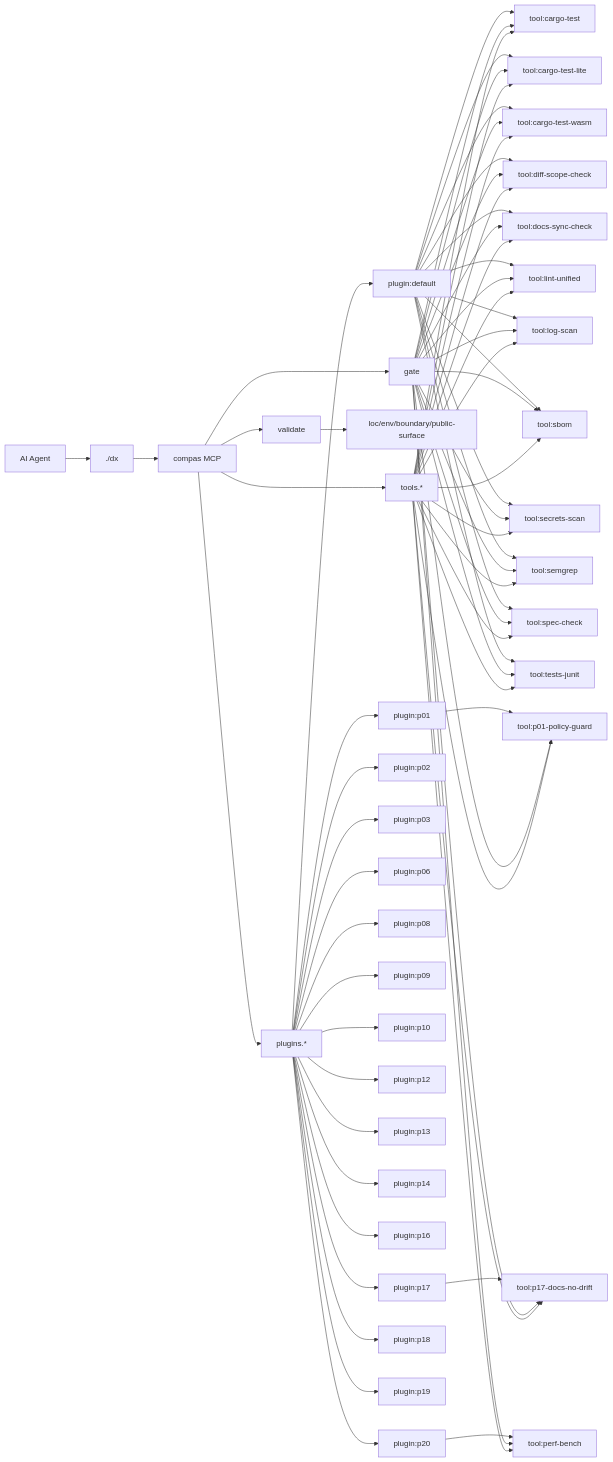
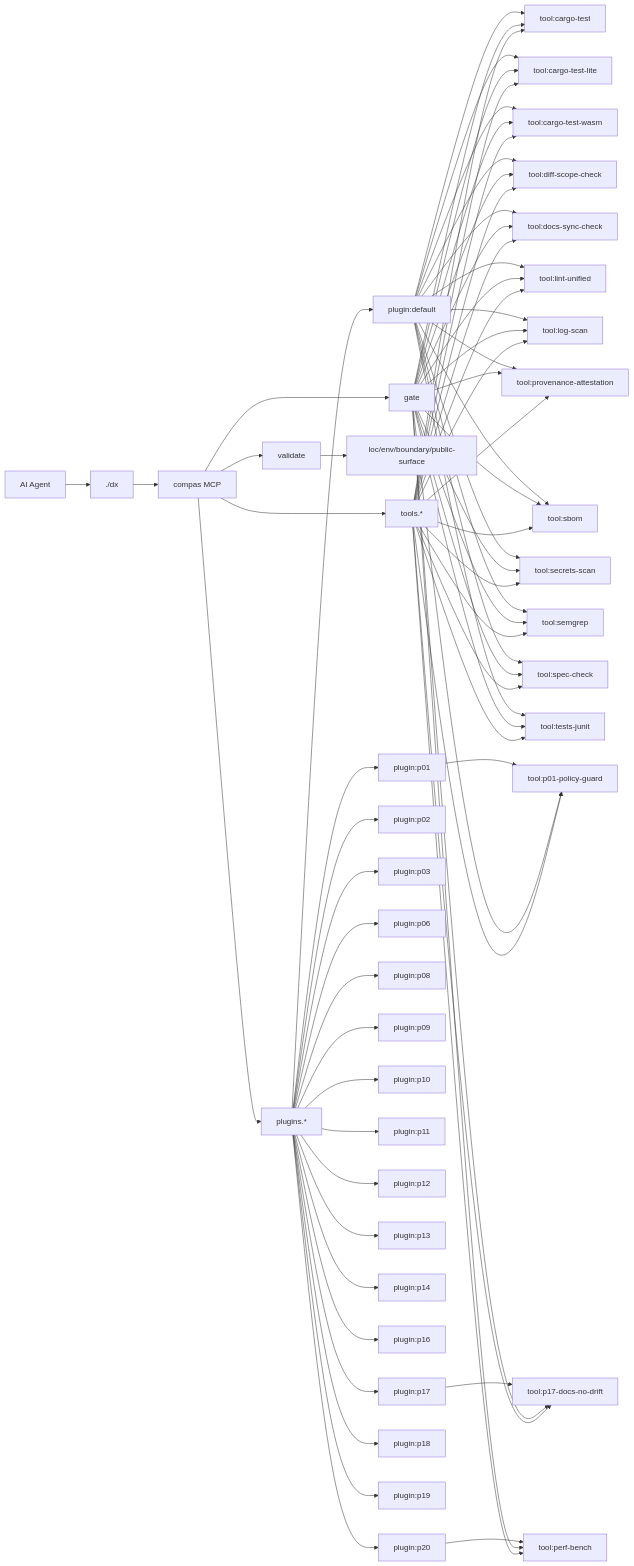
Before and after one commit to AmirTlinov/compas: the diagram in AGENTS.md, drawn with Mermaid. The commit also changed other lines of this file and 6 other files, not shown here.

````diff
--- a/AGENTS.md
+++ b/AGENTS.md
@@ -76,71 +78,75 @@
 ```mermaid
 flowchart LR
   Agent[AI Agent] --> DX[./dx]
   DX --> MCP[compas MCP]
   MCP --> V[validate]
   MCP --> G[gate]
   MCP --> PL[plugins.*]
   MCP --> TL[tools.*]
   V --> C1[loc/env/boundary/public-surface]
   PL --> P_default["plugin:default"]
   P_default --> T_cargo_test["tool:cargo-test"]
   G --> T_cargo_test
   P_default --> T_cargo_test_lite["tool:cargo-test-lite"]
   G --> T_cargo_test_lite
   P_default --> T_cargo_test_wasm["tool:cargo-test-wasm"]
   G --> T_cargo_test_wasm
   P_default --> T_diff_scope_check["tool:diff-scope-check"]
   G --> T_diff_scope_check
   P_default --> T_docs_sync_check["tool:docs-sync-check"]
   G --> T_docs_sync_check
   P_default --> T_lint_unified["tool:lint-unified"]
   G --> T_lint_unified
   P_default --> T_log_scan["tool:log-scan"]
   G --> T_log_scan
+  P_default --> T_provenance_attestation["tool:provenance-attestation"]
+  G --> T_provenance_attestation
   P_default --> T_sbom["tool:sbom"]
   G --> T_sbom
   P_default --> T_secrets_scan["tool:secrets-scan"]
   G --> T_secrets_scan
   P_default --> T_semgrep["tool:semgrep"]
   G --> T_semgrep
   P_default --> T_spec_check["tool:spec-check"]
   G --> T_spec_check
   P_default --> T_tests_junit["tool:tests-junit"]
   G --> T_tests_junit
   PL --> P_p01["plugin:p01"]
   P_p01 --> T_p01_policy_guard["tool:p01-policy-guard"]
   G --> T_p01_policy_guard
   PL --> P_p02["plugin:p02"]
   PL --> P_p03["plugin:p03"]
   PL --> P_p06["plugin:p06"]
   PL --> P_p08["plugin:p08"]
   PL --> P_p09["plugin:p09"]
   PL --> P_p10["plugin:p10"]
+  PL --> P_p11["plugin:p11"]
   PL --> P_p12["plugin:p12"]
   PL --> P_p13["plugin:p13"]
   PL --> P_p14["plugin:p14"]
   PL --> P_p16["plugin:p16"]
   PL --> P_p17["plugin:p17"]
   P_p17 --> T_p17_docs_no_drift["tool:p17-docs-no-drift"]
   G --> T_p17_docs_no_drift
   PL --> P_p18["plugin:p18"]
   PL --> P_p19["plugin:p19"]
   PL --> P_p20["plugin:p20"]
   P_p20 --> T_perf_bench["tool:perf-bench"]
   G --> T_perf_bench
   TL --> T_cargo_test
   TL --> T_cargo_test_lite
   TL --> T_cargo_test_wasm
   TL --> T_diff_scope_check
   TL --> T_docs_sync_check
   TL --> T_lint_unified
   TL --> T_log_scan
   TL --> T_p01_policy_guard
   TL --> T_p17_docs_no_drift
   TL --> T_perf_bench
+  TL --> T_provenance_attestation
   TL --> T_sbom
   TL --> T_secrets_scan
   TL --> T_semgrep
   TL --> T_spec_check
   TL --> T_tests_junit
 ```
````
